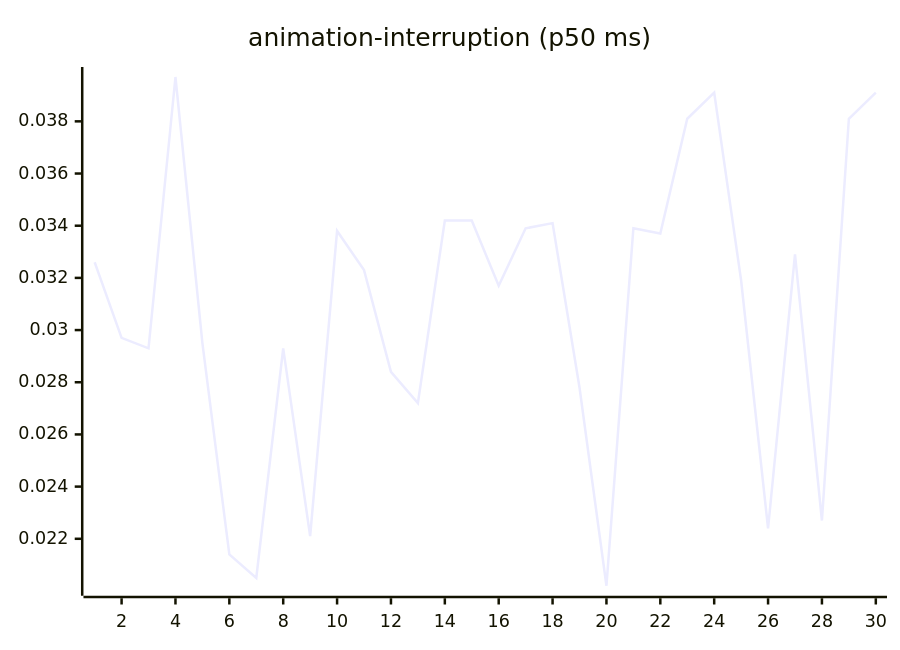
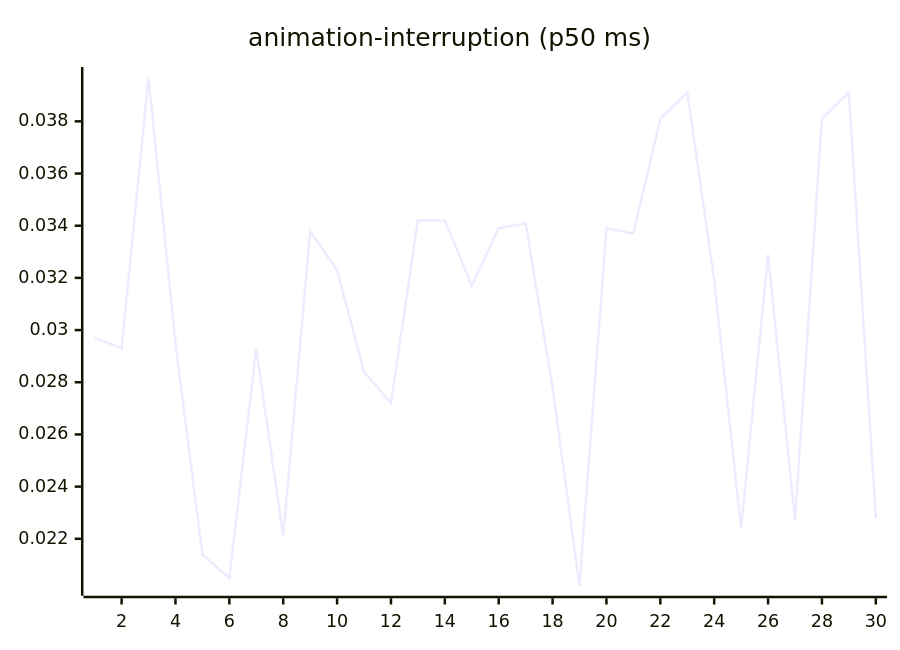
One commit to josha/Facet changed the third of 27 diagrams in README.md. Above: the diagram before and after it, drawn with Mermaid. The commit also changed other lines of this file and 2 other files, not shown here.

````diff
--- a/README.md
+++ b/README.md
@@ -77,6 +77,6 @@
 ```mermaid
 xychart-beta
     title "animation-interruption (p50 ms)"
     x-axis 1 --> 30
-    line [0.0326, 0.0297, 0.0293, 0.0397, 0.0295, 0.0214, 0.0205, 0.0293, 0.0221, 0.0338, 0.0323, 0.0284, 0.0272, 0.0342, 0.0342, 0.0317, 0.0339, 0.0341, 0.0278, 0.0202, 0.0339, 0.0337, 0.0381, 0.0391, 0.0319, 0.0224, 0.0329, 0.0227, 0.0381, 0.0391]
+    line [0.0297, 0.0293, 0.0397, 0.0295, 0.0214, 0.0205, 0.0293, 0.0221, 0.0338, 0.0323, 0.0284, 0.0272, 0.0342, 0.0342, 0.0317, 0.0339, 0.0341, 0.0278, 0.0202, 0.0339, 0.0337, 0.0381, 0.0391, 0.0319, 0.0224, 0.0329, 0.0227, 0.0381, 0.0391, 0.0228]
 ```
````
